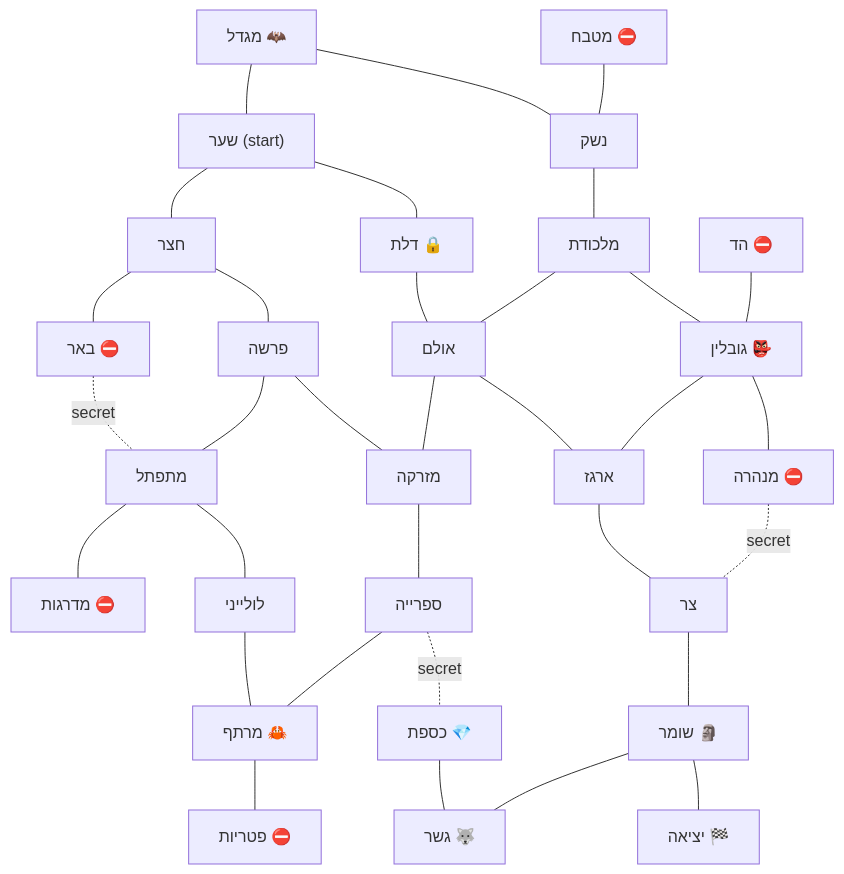
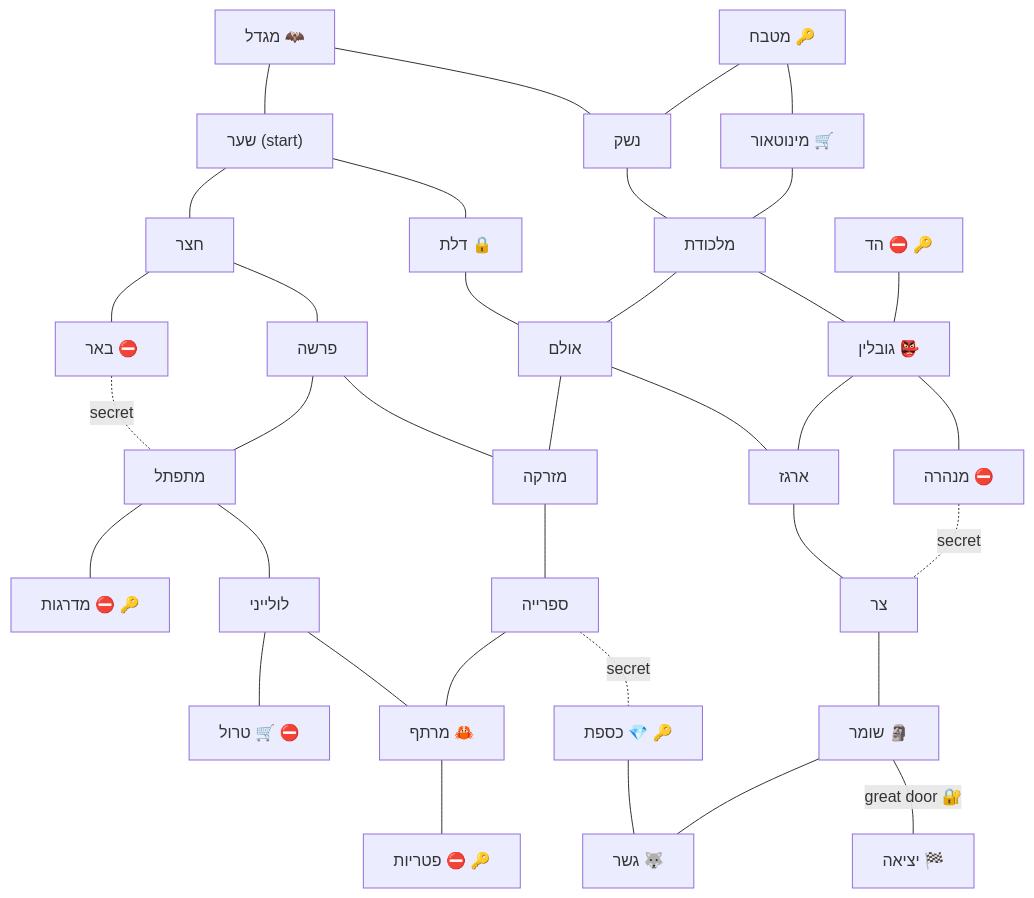
The second of 3 diagrams in README.md (avishayal-source/harpatka-bamavoch), drawn with Mermaid before and after one commit. The commit also changed other lines of this file and 25 other files, not shown here.

````diff
--- a/README.md
+++ b/README.md
@@ -56,31 +56,34 @@
 ```mermaid
 flowchart TB
     watchtower["מגדל 🦇"] --- start["שער (start)"] --- torch[חצר] --- well["באר ⛔"]
-    kitchen["מטבח ⛔"] --- armory[נשק]
+    kitchen["מטבח 🔑"] --- armory[נשק]
+    kitchen --- minotaur["מינוטאור 🛒"]
+    minotaur --- trap
     watchtower --- armory
     start --- corridor["דלת 🔒"]
     torch --- fork[פרשה]
-    fork --- winding[מתפתל] --- stair["מדרגות ⛔"]
+    fork --- winding[מתפתל] --- stair["מדרגות ⛔ 🔑"]
     well -. secret .- winding
     armory --- trap[מלכודת]
     corridor --- hall[אולם]
     fork --- fountain[מזרקה]
     winding --- spiral[לולייני]
+    spiral --- troll["טרול 🛒 ⛔"]
     trap --- hall --- fountain
     trap --- goblin["גובלין 👺"]
-    echo["הד ⛔"] --- goblin
+    echo["הד ⛔ 🔑"] --- goblin
     hall --- chest[ארגז]
     fountain --- library[ספרייה]
     spiral --- cellar["מרתף 🦀"]
     library --- cellar
     goblin --- chest
     goblin --- tunnel["מנהרה ⛔"]
     tunnel -. secret .- pass[צר]
     chest --- pass
-    library -. secret .- vault["כספת 💎"]
-    cellar --- mushroom["פטריות ⛔"]
+    library -. secret .- vault["כספת 💎 🔑"]
+    cellar --- mushroom["פטריות ⛔ 🔑"]
     pass --- guardian["שומר 🗿"]
     vault --- bridge["גשר 🐺"]
     guardian --- bridge
-    guardian --- exit["יציאה 🏁"]
+    guardian -- "great door 🔐" --- exit["יציאה 🏁"]
 ```
````
